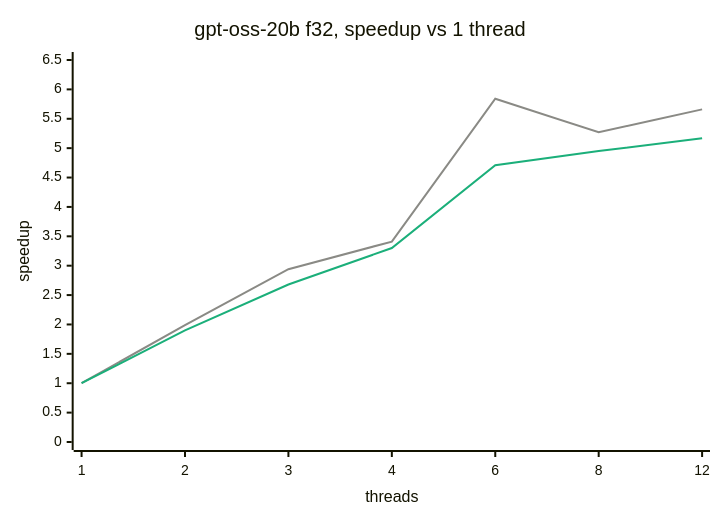
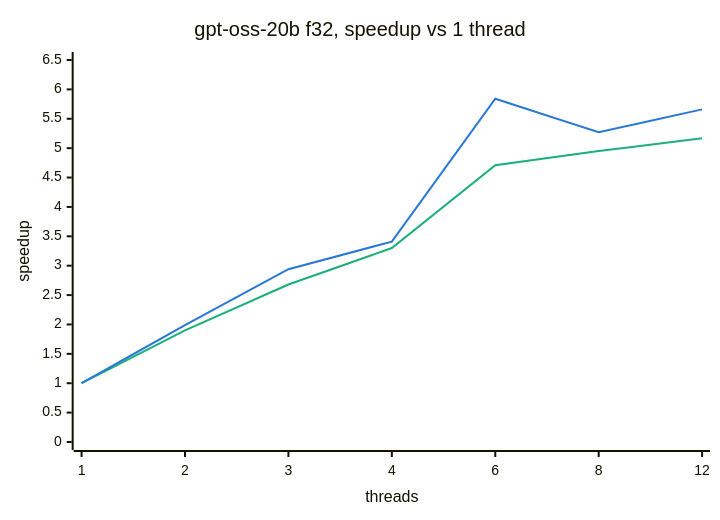
Before and after one commit to fior512/dequant: the diagram in README.md, drawn with Mermaid. The commit also changed other lines of this file, not shown here.

````diff
--- a/README.md
+++ b/README.md
@@ -88,9 +88,9 @@
 ```mermaid
-%%{init: {"themeVariables": {"xyChart": {"plotColorPalette": "#8a8a85, #1baf7a, #eb6834, #2a78d6"}}}}%%
+%%{init: {"themeVariables": {"xyChart": {"plotColorPalette": "#1baf7a, #2a78d6"}}}}%%
 xychart-beta
     title "gpt-oss-20b f32, speedup vs 1 thread"
     x-axis "threads" ["1", "2", "3", "4", "6", "8", "12"]
     y-axis "speedup" 0 --> 6.5
+    line [1, 1.90, 2.68, 3.30, 4.71, 4.95, 5.17]
     line [1, 1.99, 2.94, 3.41, 5.84, 5.27, 5.66]
-    line [1, 1.90, 2.68, 3.30, 4.71, 4.95, 5.17]
 ```
````
